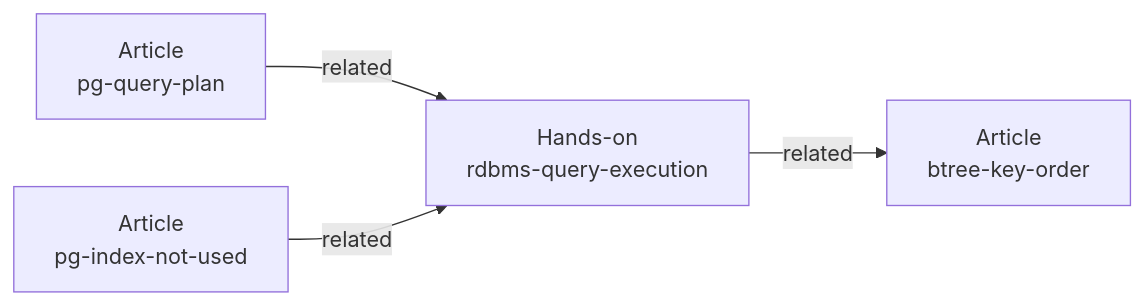
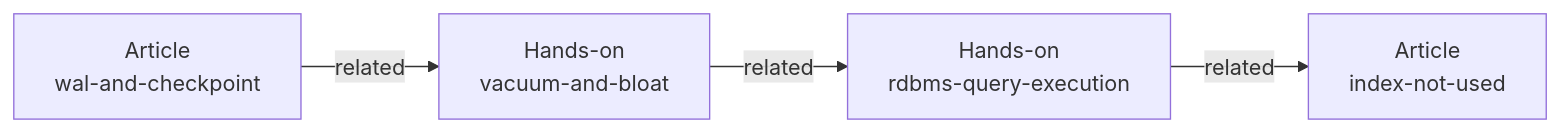
Before and after one commit to Fukuemon/fukuemon.dev: the first of 2 diagrams in packages/content-model/DesignDoc.md, drawn with Mermaid. The commit also changed other lines of this file and 3 other files, not shown here.

````diff
--- a/packages/content-model/DesignDoc.md
+++ b/packages/content-model/DesignDoc.md
@@ -129,6 +136,6 @@
 ```mermaid
 flowchart LR
-    a1["Article<br/>pg-query-plan"] -->|related| h1["Hands-on<br/>rdbms-query-execution"]
-    a2["Article<br/>pg-index-not-used"] -->|related| h1
-    h1 -->|related| a3["Article<br/>btree-key-order"]
+    h1["Hands-on<br/>rdbms-query-execution"] -->|related| a1["Article<br/>index-not-used"]
+    h2["Hands-on<br/>vacuum-and-bloat"] -->|related| h1
+    a2["Article<br/>wal-and-checkpoint"] -->|related| h2
 ```
````
